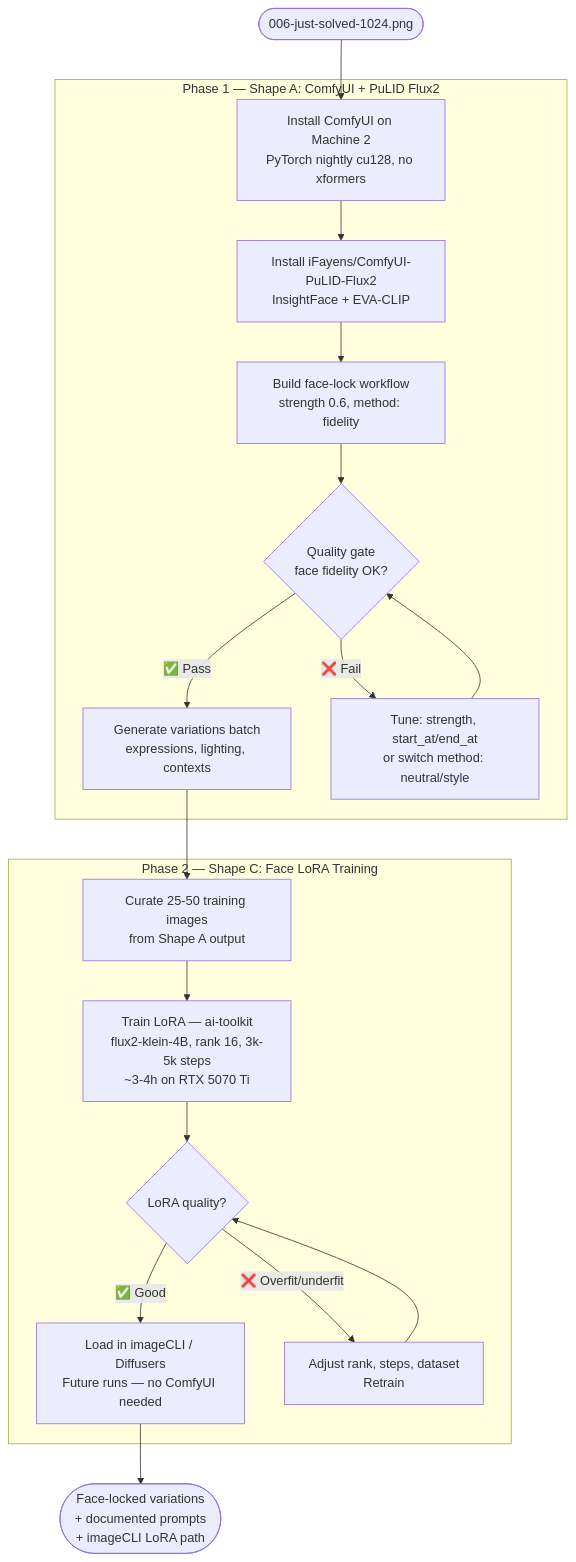
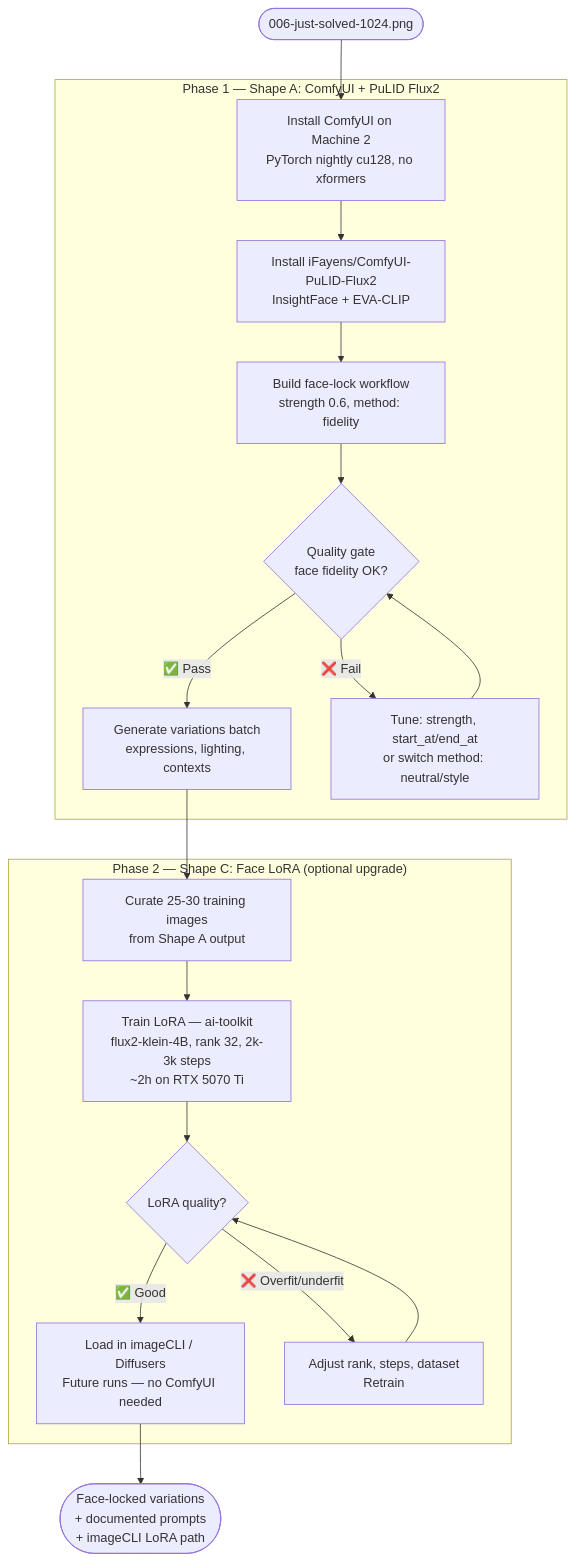
Before and after one commit to Roxabi/lyra: the diagram in artifacts/analyses/419-pulid-flux2-face-locking-analysis.mdx, drawn with Mermaid. The commit also changed other lines of this file, not shown here.

First line of the commit message:
docs(analyze): deepen #419 Shape C with LoRA quality research

````diff
--- a/artifacts/analyses/419-pulid-flux2-face-locking-analysis.mdx
+++ b/artifacts/analyses/419-pulid-flux2-face-locking-analysis.mdx
@@ -191,25 +224,25 @@
 ```mermaid
 flowchart TD
     START([006-just-solved-1024.png]) --> A
 
     subgraph ShapeA["Phase 1 — Shape A: ComfyUI + PuLID Flux2"]
         A[Install ComfyUI on Machine 2\nPyTorch nightly cu128, no xformers] --> B
         B[Install iFayens/ComfyUI-PuLID-Flux2\nInsightFace + EVA-CLIP] --> C
         C[Build face-lock workflow\nstrength 0.6, method: fidelity] --> D
         D{Quality gate\nface fidelity OK?}
         D -->|✅ Pass| E[Generate variations batch\nexpressions, lighting, contexts]
         D -->|❌ Fail| F[Tune: strength, start_at/end_at\nor switch method: neutral/style]
         F --> D
     end
 
-    subgraph ShapeC["Phase 2 — Shape C: Face LoRA Training"]
-        E --> G[Curate 25-50 training images\nfrom Shape A output]
-        G --> H[Train LoRA — ai-toolkit\nflux2-klein-4B, rank 16, 3k-5k steps\n~3-4h on RTX 5070 Ti]
+    subgraph ShapeC["Phase 2 — Shape C: Face LoRA (optional upgrade)"]
+        E --> G[Curate 25-30 training images\nfrom Shape A output]
+        G --> H[Train LoRA — ai-toolkit\nflux2-klein-4B, rank 32, 2k-3k steps\n~2h on RTX 5070 Ti]
         H --> I{LoRA quality?}
         I -->|✅ Good| J[Load in imageCLI / Diffusers\nFuture runs — no ComfyUI needed]
         I -->|❌ Overfit/underfit| K[Adjust rank, steps, dataset\nRetrain]
         K --> I
     end
 
     J --> DONE([Face-locked variations\n+ documented prompts\n+ imageCLI LoRA path])
 ```
````
